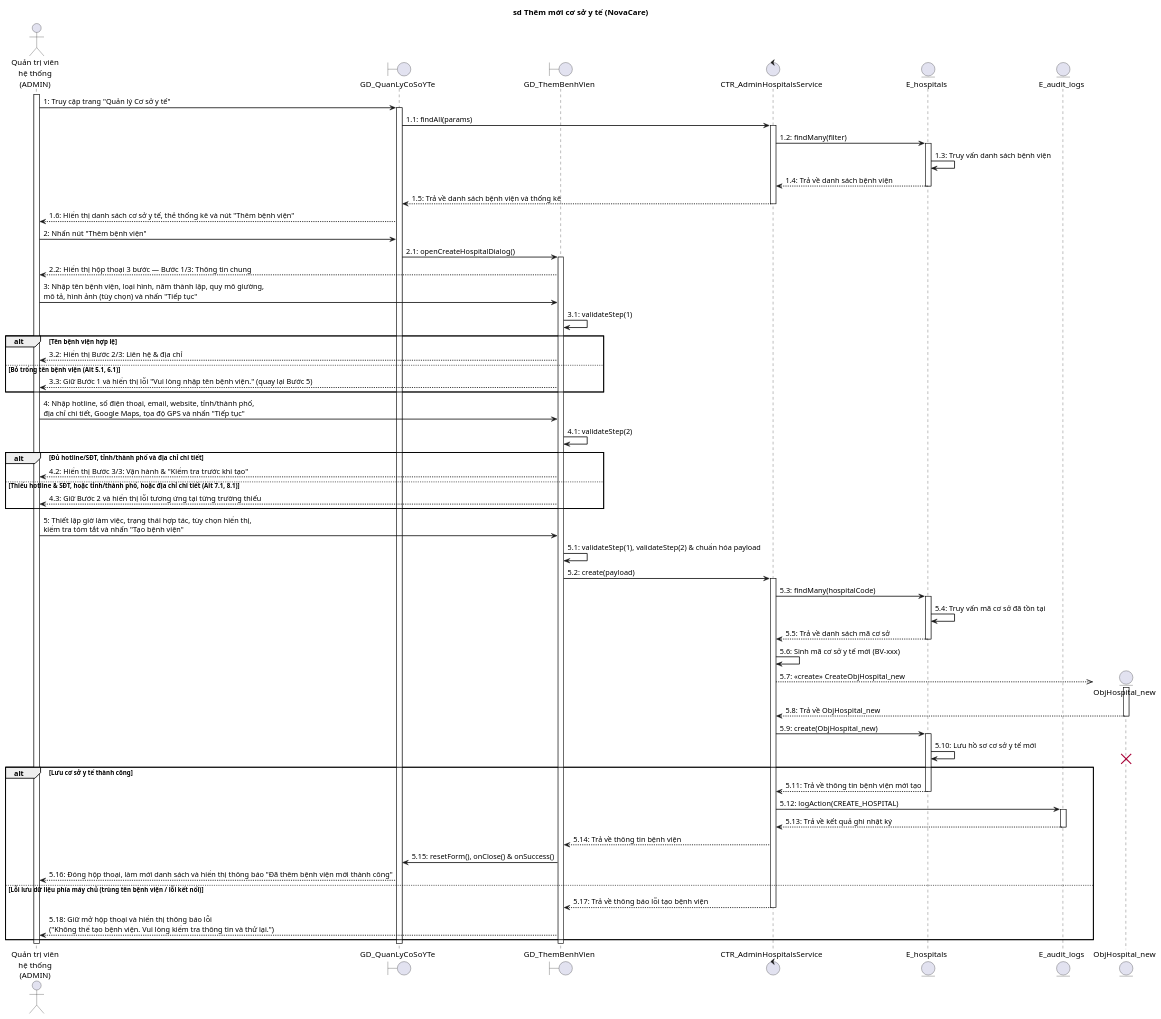
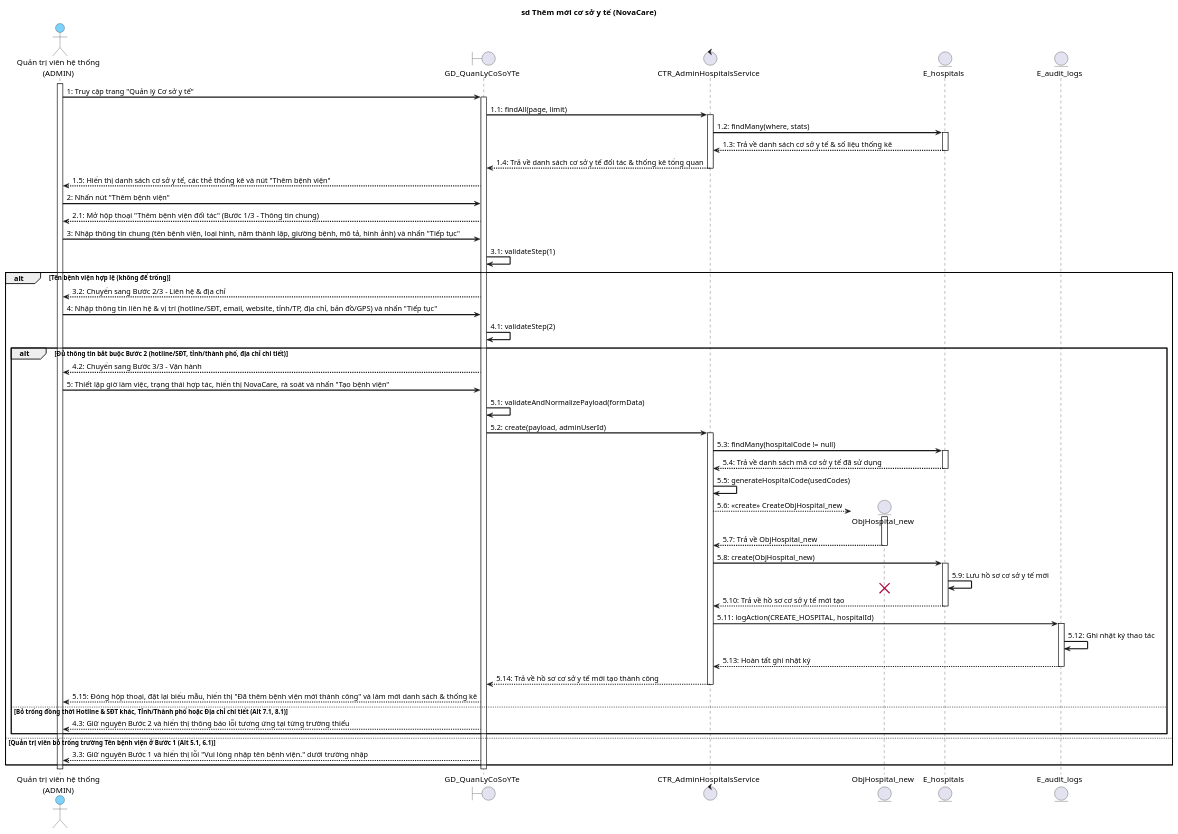
The diagram in docs/diagrams/seq_them_moi_co_so_y_te.puml (nctcode/KLTN_NovaCare), drawn with PlantUML before and after one commit. The commit also changed 53 other files, not shown here.

Commit message:
feat(admin,his): hoan thien giam sat tich hop HIS, phan quyen RBAC, cap nhat trang thai lich hen va bieu do tuan tu BCE

```diff
--- a/docs/diagrams/seq_them_moi_co_so_y_te.puml
+++ b/docs/diagrams/seq_them_moi_co_so_y_te.puml
@@ -1,92 +1,84 @@
-@startuml
+@startuml seq_them_moi_co_so_y_te
+skinparam backgroundColor #FFFFFF
+skinparam sequenceArrowThickness 2
+skinparam participantBorderColor #0f172a
+skinparam participantBackgroundColor #7DD3FC
+skinparam actorBorderColor #0f172a
+skinparam actorBackgroundColor #7DD3FC
+
 title sd Thêm mới cơ sở y tế (NovaCare)
-skinparam shadowing false
-skinparam sequenceArrowThickness 1.5
-skinparam participantFontStyle bold
 
-actor "Quản trị viên\nhệ thống\n(ADMIN)" as Admin
-boundary "GD_QuanLyCoSoYTe" as UIList
-boundary "GD_ThemBenhVien" as UIModal
-control "CTR_AdminHospitalsService" as Ctrl
-entity "E_hospitals" as Hosp
-entity "E_audit_logs" as Audit
+actor "Quản trị viên hệ thống\n(ADMIN)" as Admin
+boundary "GD_QuanLyCoSoYTe" as GD
+control "CTR_AdminHospitalsService" as CTR
+entity "ObjHospital_new" as ObjHosp
+entity "E_hospitals" as E_HOSP
+entity "E_audit_logs" as E_AUDIT
 
 activate Admin
-Admin -> UIList : 1: Truy cập trang "Quản lý Cơ sở y tế"
-activate UIList
-UIList -> Ctrl : 1.1: findAll(params)
-activate Ctrl
-Ctrl -> Hosp : 1.2: findMany(filter)
-activate Hosp
-Hosp -> Hosp : 1.3: Truy vấn danh sách bệnh viện
-Hosp --> Ctrl : 1.4: Trả về danh sách bệnh viện
-deactivate Hosp
-Ctrl --> UIList : 1.5: Trả về danh sách bệnh viện và thống kê
-deactivate Ctrl
-UIList --> Admin : 1.6: Hiển thị danh sách cơ sở y tế, thẻ thống kê và nút "Thêm bệnh viện"
+Admin -> GD : 1: Truy cập trang "Quản lý Cơ sở y tế"
+activate GD
+GD -> CTR : 1.1: findAll(page, limit)
+activate CTR
+CTR -> E_HOSP : 1.2: findMany(where, stats)
+activate E_HOSP
+E_HOSP --> CTR : 1.3: Trả về danh sách cơ sở y tế & số liệu thống kê
+deactivate E_HOSP
+CTR --> GD : 1.4: Trả về danh sách cơ sở y tế đối tác & thống kê tổng quan
+deactivate CTR
+GD --> Admin : 1.5: Hiển thị danh sách cơ sở y tế, các thẻ thống kê và nút "Thêm bệnh viện"
 
-Admin -> UIList : 2: Nhấn nút "Thêm bệnh viện"
-UIList -> UIModal : 2.1: openCreateHospitalDialog()
-activate UIModal
-UIModal --> Admin : 2.2: Hiển thị hộp thoại 3 bước — Bước 1/3: Thông tin chung
+Admin -> GD : 2: Nhấn nút "Thêm bệnh viện"
+GD --> Admin : 2.1: Mở hộp thoại "Thêm bệnh viện đối tác" (Bước 1/3 – Thông tin chung)
 
-Admin -> UIModal : 3: Nhập tên bệnh viện, loại hình, năm thành lập, quy mô giường,\nmô tả, hình ảnh (tùy chọn) và nhấn "Tiếp tục"
-UIModal -> UIModal : 3.1: validateStep(1)
+Admin -> GD : 3: Nhập thông tin chung (tên bệnh viện, loại hình, năm thành lập, giường bệnh, mô tả, hình ảnh) và nhấn "Tiếp tục"
+GD -> GD : 3.1: validateStep(1)
 
-alt Tên bệnh viện hợp lệ
-  UIModal --> Admin : 3.2: Hiển thị Bước 2/3: Liên hệ & địa chỉ
-else Bỏ trống tên bệnh viện (Alt 5.1, 6.1)
-  UIModal --> Admin : 3.3: Giữ Bước 1 và hiển thị lỗi "Vui lòng nhập tên bệnh viện." (quay lại Bước 5)
+alt Tên bệnh viện hợp lệ (không để trống)
+  GD --> Admin : 3.2: Chuyển sang Bước 2/3 – Liên hệ & địa chỉ
+  Admin -> GD : 4: Nhập thông tin liên hệ & vị trí (hotline/SĐT, email, website, tỉnh/TP, địa chỉ, bản đồ/GPS) và nhấn "Tiếp tục"
+  GD -> GD : 4.1: validateStep(2)
+
+  alt Đủ thông tin bắt buộc Bước 2 (hotline/SĐT, tỉnh/thành phố, địa chỉ chi tiết)
+    GD --> Admin : 4.2: Chuyển sang Bước 3/3 – Vận hành
+    Admin -> GD : 5: Thiết lập giờ làm việc, trạng thái hợp tác, hiển thị NovaCare, rà soát và nhấn "Tạo bệnh viện"
+    GD -> GD : 5.1: validateAndNormalizePayload(formData)
+    GD -> CTR : 5.2: create(payload, adminUserId)
+    activate CTR
+    CTR -> E_HOSP : 5.3: findMany(hospitalCode != null)
+    activate E_HOSP
+    E_HOSP --> CTR : 5.4: Trả về danh sách mã cơ sở y tế đã sử dụng
+    deactivate E_HOSP
+    CTR -> CTR : 5.5: generateHospitalCode(usedCodes)
+
+    CTR --> ObjHosp ** : 5.6: <<create>> CreateObjHospital_new
+    activate ObjHosp
+    ObjHosp --> CTR : 5.7: Trả về ObjHospital_new
+    deactivate ObjHosp
+
+    CTR -> E_HOSP : 5.8: create(ObjHospital_new)
+    activate E_HOSP
+    E_HOSP -> E_HOSP : 5.9: Lưu hồ sơ cơ sở y tế mới
+    destroy ObjHosp
+    E_HOSP --> CTR : 5.10: Trả về hồ sơ cơ sở y tế mới tạo
+    deactivate E_HOSP
+
+    CTR -> E_AUDIT : 5.11: logAction(CREATE_HOSPITAL, hospitalId)
+    activate E_AUDIT
+    E_AUDIT -> E_AUDIT : 5.12: Ghi nhật ký thao tác
+    E_AUDIT --> CTR : 5.13: Hoàn tất ghi nhật ký
+    deactivate E_AUDIT
+
+    CTR --> GD : 5.14: Trả về hồ sơ cơ sở y tế mới tạo thành công
+    deactivate CTR
+    GD --> Admin : 5.15: Đóng hộp thoại, đặt lại biểu mẫu, hiển thị "Đã thêm bệnh viện mới thành công" và làm mới danh sách & thống kê
+  else Bỏ trống đồng thời Hotline & SĐT khác, Tỉnh/Thành phố hoặc Địa chỉ chi tiết (Alt 7.1, 8.1)
+    GD --> Admin : 4.3: Giữ nguyên Bước 2 và hiển thị thông báo lỗi tương ứng tại từng trường thiếu
+  end
+else Quản trị viên bỏ trống trường Tên bệnh viện ở Bước 1 (Alt 5.1, 6.1)
+  GD --> Admin : 3.3: Giữ nguyên Bước 1 và hiển thị lỗi "Vui lòng nhập tên bệnh viện." dưới trường nhập
 end
 
-Admin -> UIModal : 4: Nhập hotline, số điện thoại, email, website, tỉnh/thành phố,\nđịa chỉ chi tiết, Google Maps, tọa độ GPS và nhấn "Tiếp tục"
-UIModal -> UIModal : 4.1: validateStep(2)
-
-alt Đủ hotline/SĐT, tỉnh/thành phố và địa chỉ chi tiết
-  UIModal --> Admin : 4.2: Hiển thị Bước 3/3: Vận hành & "Kiểm tra trước khi tạo"
-else Thiếu hotline & SĐT, hoặc tỉnh/thành phố, hoặc địa chỉ chi tiết (Alt 7.1, 8.1)
-  UIModal --> Admin : 4.3: Giữ Bước 2 và hiển thị lỗi tương ứng tại từng trường thiếu
-end
-
-Admin -> UIModal : 5: Thiết lập giờ làm việc, trạng thái hợp tác, tùy chọn hiển thị,\nkiểm tra tóm tắt và nhấn "Tạo bệnh viện"
-UIModal -> UIModal : 5.1: validateStep(1), validateStep(2) & chuẩn hóa payload
-UIModal -> Ctrl : 5.2: create(payload)
-activate Ctrl
-Ctrl -> Hosp : 5.3: findMany(hospitalCode)
-activate Hosp
-Hosp -> Hosp : 5.4: Truy vấn mã cơ sở đã tồn tại
-Hosp --> Ctrl : 5.5: Trả về danh sách mã cơ sở
-deactivate Hosp
-Ctrl -> Ctrl : 5.6: Sinh mã cơ sở y tế mới (BV-xxx)
-
-create entity "ObjHospital_new" as NewHosp
-Ctrl -->> NewHosp : 5.7: <<create>> CreateObjHospital_new
-activate NewHosp
-NewHosp --> Ctrl : 5.8: Trả về ObjHospital_new
-deactivate NewHosp
-
-Ctrl -> Hosp : 5.9: create(ObjHospital_new)
-activate Hosp
-Hosp -> Hosp : 5.10: Lưu hồ sơ cơ sở y tế mới
-destroy NewHosp
-
-alt Lưu cơ sở y tế thành công
-  Hosp --> Ctrl : 5.11: Trả về thông tin bệnh viện mới tạo
-  deactivate Hosp
-  Ctrl -> Audit : 5.12: logAction(CREATE_HOSPITAL)
-  activate Audit
-  Audit --> Ctrl : 5.13: Trả về kết quả ghi nhật ký
-  deactivate Audit
-  Ctrl --> UIModal : 5.14: Trả về thông tin bệnh viện
-  UIModal -> UIList : 5.15: resetForm(), onClose() & onSuccess()
-  UIList --> Admin : 5.16: Đóng hộp thoại, làm mới danh sách và hiển thị thông báo "Đã thêm bệnh viện mới thành công"
-else Lỗi lưu dữ liệu phía máy chủ (trùng tên bệnh viện / lỗi kết nối)
-  Ctrl --> UIModal : 5.17: Trả về thông báo lỗi tạo bệnh viện
-  deactivate Ctrl
-  UIModal --> Admin : 5.18: Giữ mở hộp thoại và hiển thị thông báo lỗi\n("Không thể tạo bệnh viện. Vui lòng kiểm tra thông tin và thử lại.")
-end
-
-deactivate UIModal
-deactivate UIList
+deactivate GD
 deactivate Admin
 @enduml
```
